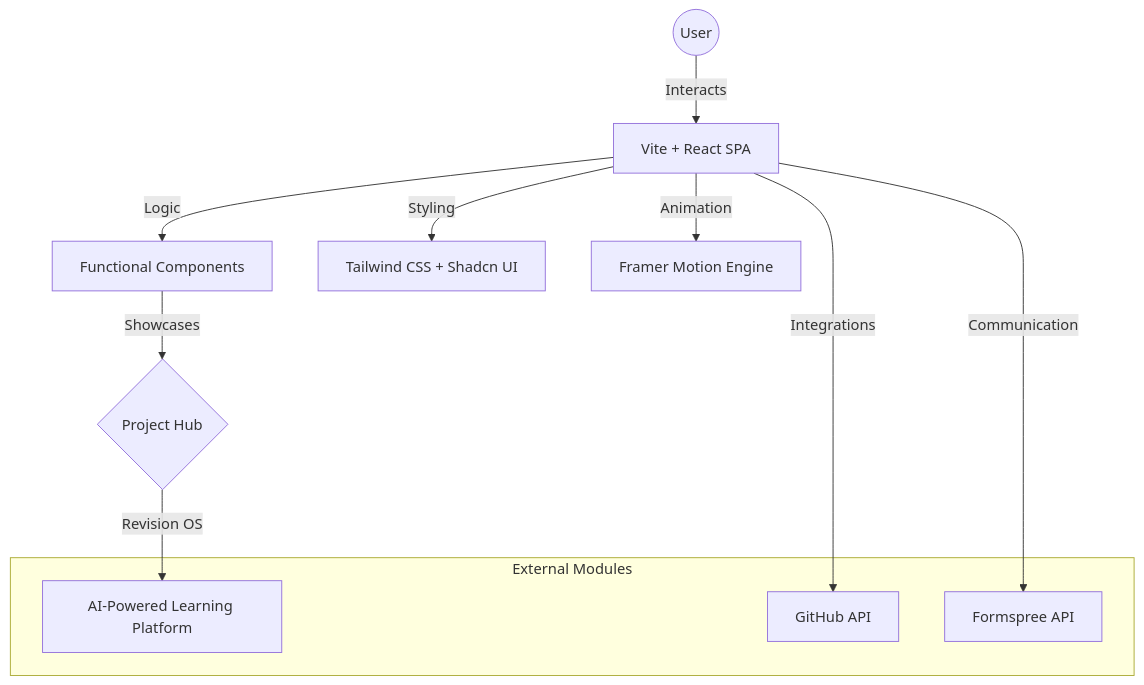
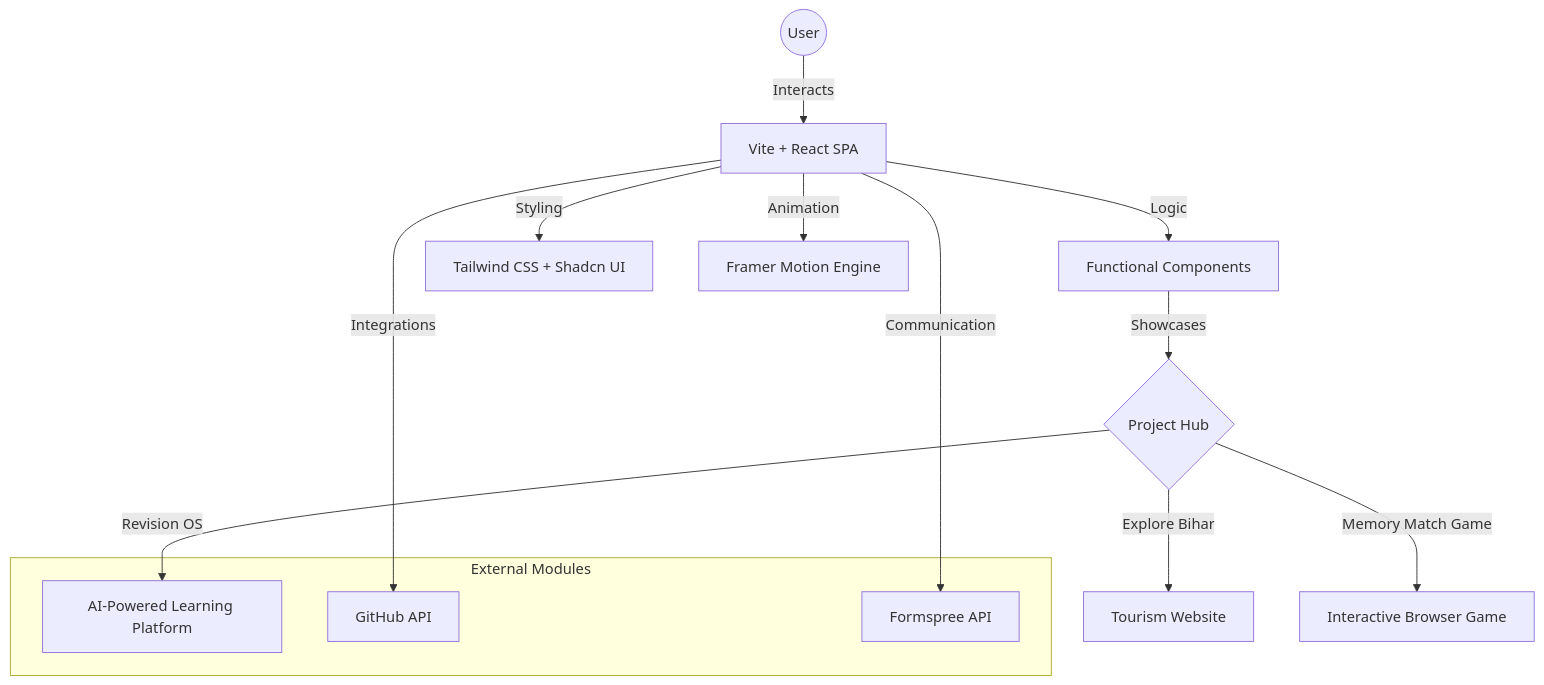
One commit to rinkinisha/Portfolio changed the first of 2 diagrams in README.md. Above: the diagram before and after it, drawn with Mermaid. The commit also changed other lines of this file and 4 other files, not shown here.

````diff
--- a/README.md
+++ b/README.md
@@ -39,19 +39,21 @@
 ```mermaid
 graph TD
     User((User)) -->|Interacts| Frontend[Vite + React SPA]
     Frontend -->|Logic| Components[Functional Components]
     Frontend -->|Styling| Tailwind[Tailwind CSS + Shadcn UI]
     Frontend -->|Animation| Motion[Framer Motion Engine]
 
     Components -->|Showcases| ProjectHub{Project Hub}
     ProjectHub -->|Revision OS| AISystem[AI-Powered Learning Platform]
+    ProjectHub -->|Explore Bihar| WebSystem[Tourism Website]
+    ProjectHub -->|Memory Match Game| GameSystem[Interactive Browser Game]
 
     Frontend -->|Integrations| GitHub[GitHub API]
     Frontend -->|Communication| Formspree[Formspree API]
 
     subgraph "External Modules"
         GitHub
         Formspree
         AISystem
     end
 ```
````
